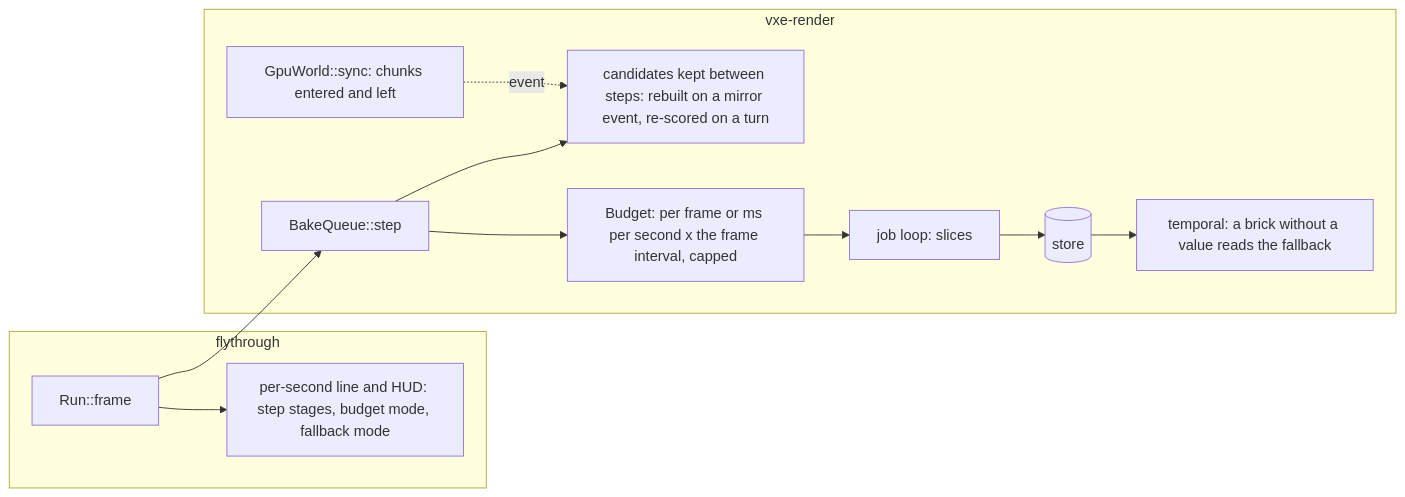
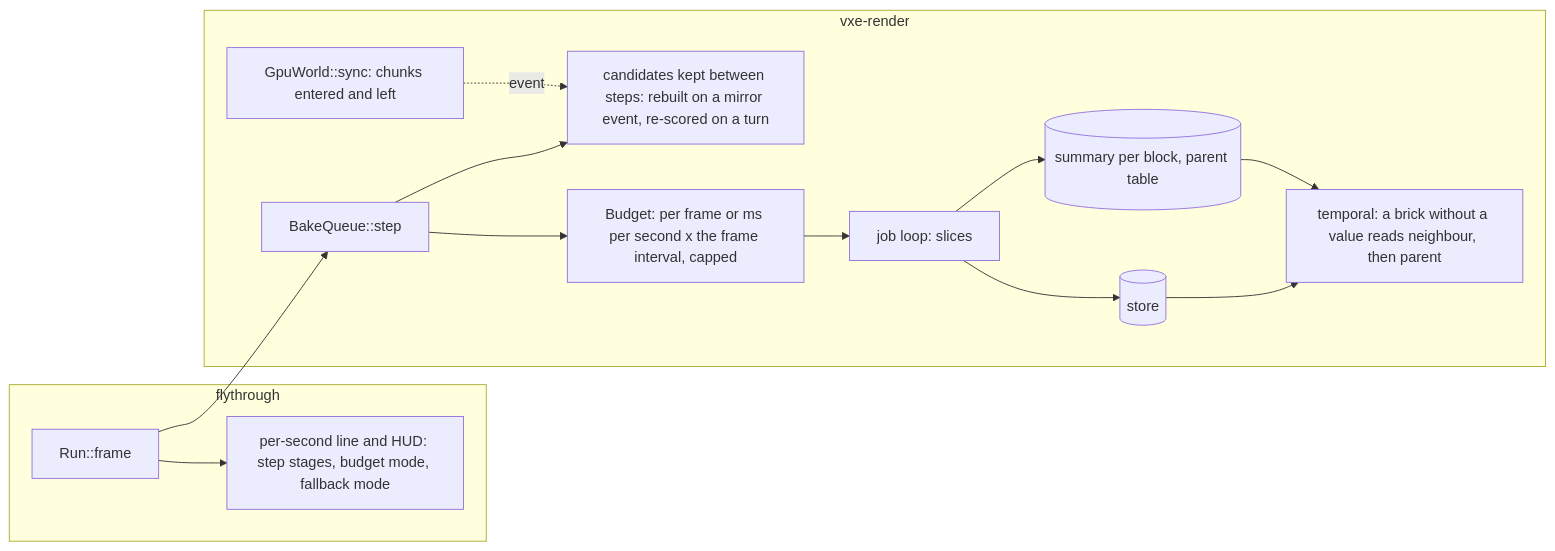
One commit to IgorKonovalov/voxel-engine changed the diagram in docs/plans/0067-the-frames-cpu-a-cheap-queue-step-a-bake-budget-by-time-and-no-black-for-missing-light.md. Above: the diagram before and after it, drawn with Mermaid. The commit also changed other lines of this file and 3 other files, not shown here.

````diff
--- a/docs/plans/0067-the-frames-cpu-a-cheap-queue-step-a-bake-budget-by-time-and-no-black-for-missing-light.md
+++ b/docs/plans/0067-the-frames-cpu-a-cheap-queue-step-a-bake-budget-by-time-and-no-black-for-missing-light.md
@@ -120,15 +150,17 @@
 ```mermaid
 flowchart LR
     subgraph fly[flythrough]
         F[Run::frame] --> L[per-second line and HUD: step stages, budget mode, fallback mode]
     end
     subgraph render[vxe-render]
         F --> S[BakeQueue::step]
         S --> C[candidates kept between steps: rebuilt on a mirror event, re-scored on a turn]
         S --> B[Budget: per frame or ms per second x the frame interval, capped]
         B --> J[job loop: slices]
         J --> ST[(store)]
-        ST --> T[temporal: a brick without a value reads the fallback]
+        J --> SU[(summary per block, parent table)]
+        ST --> T[temporal: a brick without a value reads neighbour, then parent]
+        SU --> T
         M[GpuWorld::sync: chunks entered and left] -. event .-> C
     end
 ```
````
